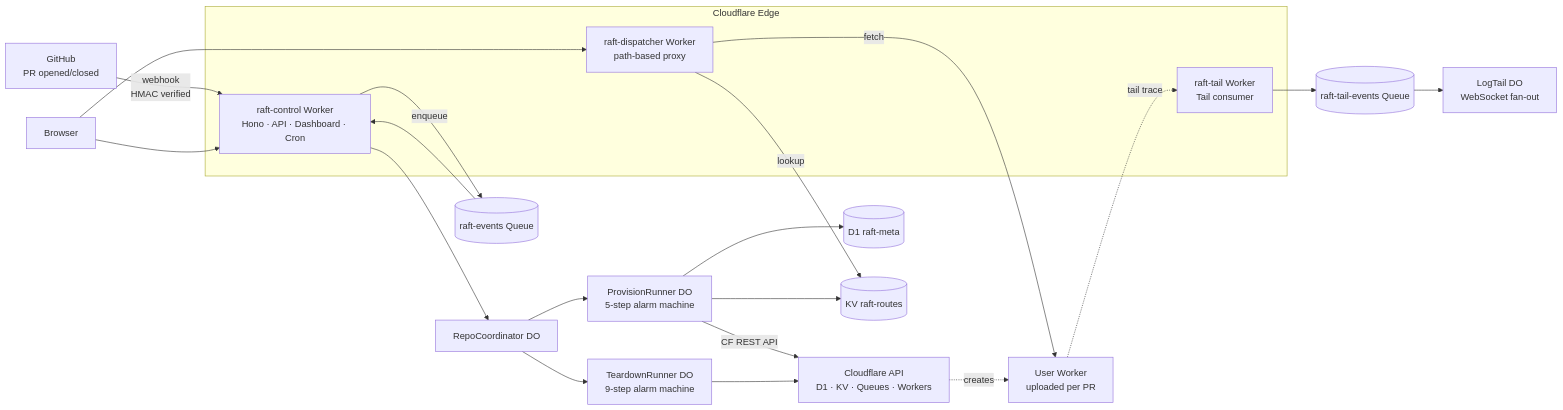
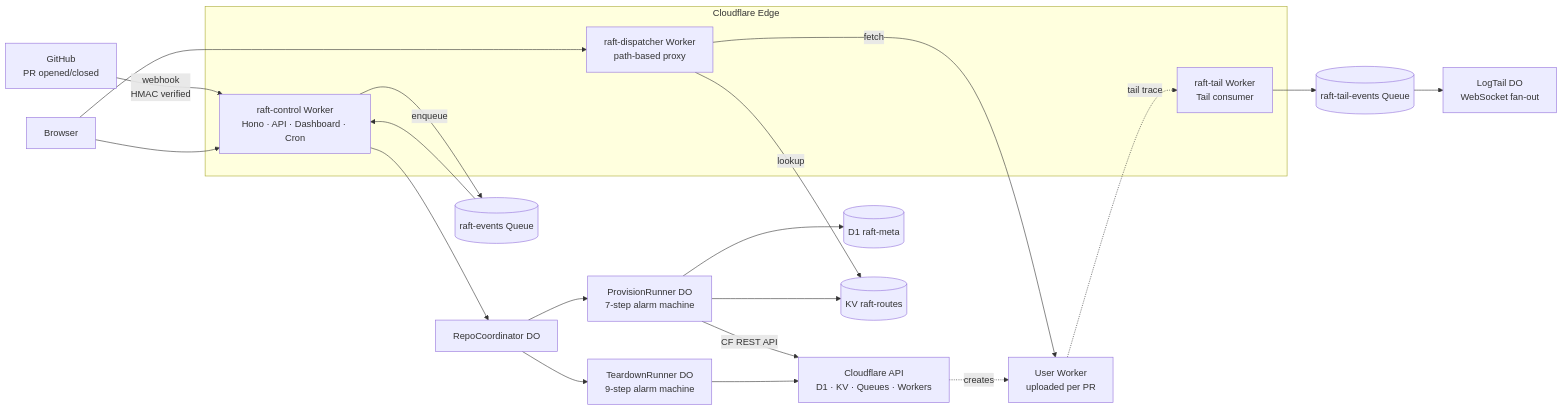
The first of 3 diagrams in SUBMISSION.md (Adi-gitX/Rift), drawn with Mermaid before and after one commit. The commit also changed other lines of this file, not shown here.

````diff
--- a/SUBMISSION.md
+++ b/SUBMISSION.md
@@ -52,33 +62,33 @@
 ```mermaid
 flowchart LR
   GH[GitHub<br/>PR opened/closed]
   GH -->|webhook<br/>HMAC verified| CTL
 
   subgraph CFEdge[Cloudflare Edge]
     CTL[raft-control Worker<br/>Hono · API · Dashboard · Cron]
     DISP[raft-dispatcher Worker<br/>path-based proxy]
     TAIL[raft-tail Worker<br/>Tail consumer]
   end
 
   CTL -->|enqueue| EVQ[(raft-events Queue)]
   EVQ --> CTL
   CTL --> REPO[RepoCoordinator DO]
-  REPO --> PROV[ProvisionRunner DO<br/>5-step alarm machine]
+  REPO --> PROV[ProvisionRunner DO<br/>7-step alarm machine]
   REPO --> TEAR[TeardownRunner DO<br/>9-step alarm machine]
 
   PROV -->|CF REST API| CFR[Cloudflare API<br/>D1 · KV · Queues · Workers]
   TEAR --> CFR
   PROV --> META[(D1 raft-meta)]
   PROV --> ROUTES[(KV raft-routes)]
 
   USER[User Worker<br/>uploaded per PR]
   CFR -.creates.-> USER
   USER -.tail trace.-> TAIL
   TAIL --> TQ[(raft-tail-events Queue)]
   TQ --> LT[LogTail DO<br/>WebSocket fan-out]
 
   BR[Browser] --> CTL
   BR --> DISP
   DISP -->|lookup| ROUTES
   DISP -->|fetch| USER
 ```
````
